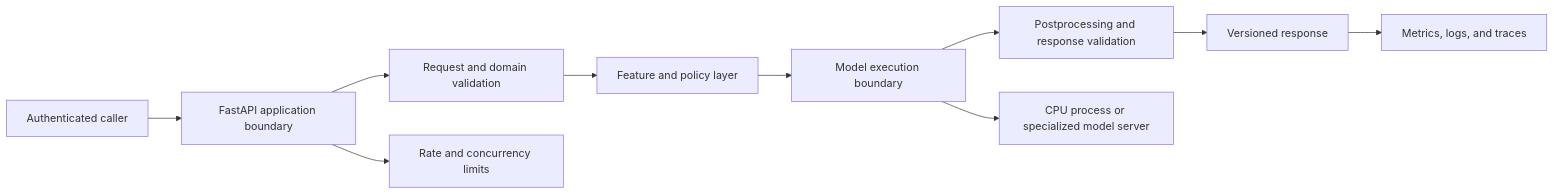
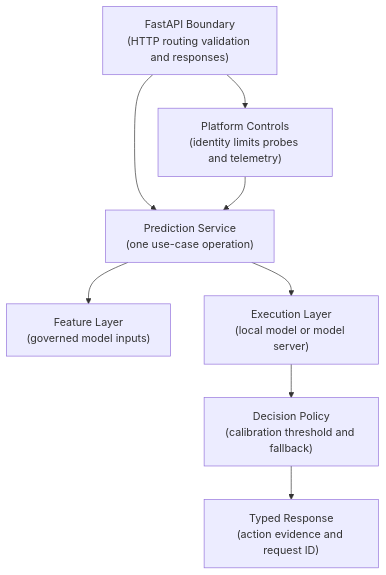
Before and after one commit to senlinyy/dev-roadmaps: the first of 9 diagrams in roadmaps/mlops/modules/model-serving/serving-apis/03-serving-model-with-fastapi.md, drawn with Mermaid. The commit also changed other lines of this file and 152 other files, not shown here.

Commit message:
feat: mlops and diagrams updated

````diff
--- a/roadmaps/mlops/modules/model-serving/serving-apis/03-serving-model-with-fastapi.md
+++ b/roadmaps/mlops/modules/model-serving/serving-apis/03-serving-model-with-fastapi.md
@@ -50,12 +45,14 @@
 ```mermaid
-flowchart LR
-    A[Authenticated caller] --> B[FastAPI application boundary]
-    B --> C[Request and domain validation]
-    C --> D[Feature and policy layer]
-    D --> E[Model execution boundary]
-    E --> F[Postprocessing and response validation]
-    F --> G[Versioned response]
-    B --> H[Rate and concurrency limits]
-    E --> I[CPU process or specialized model server]
-    G --> J[Metrics, logs, and traces]
+flowchart TD
+    A["FastAPI Boundary<br/>(HTTP routing validation and responses)"] --> B["Prediction Service<br/>(one use-case operation)"]
+    B --> C["Feature Layer<br/>(governed model inputs)"]
+    B --> D["Execution Layer<br/>(local model or model server)"]
+    D --> E["Decision Policy<br/>(calibration threshold and fallback)"]
+    E --> F["Typed Response<br/>(action evidence and request ID)"]
+    A --> G["Platform Controls<br/>(identity limits probes and telemetry)"]
+    G --> B
+
+    class A input
+    class B,C,D,E,G process
+    class F result
 ```
````
